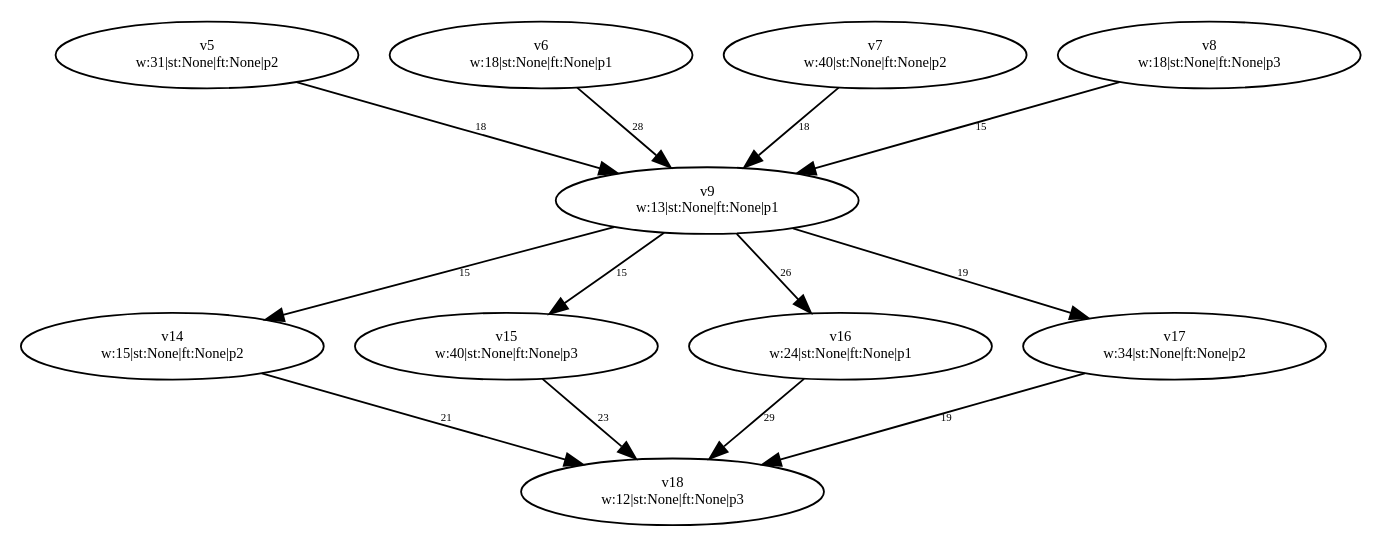
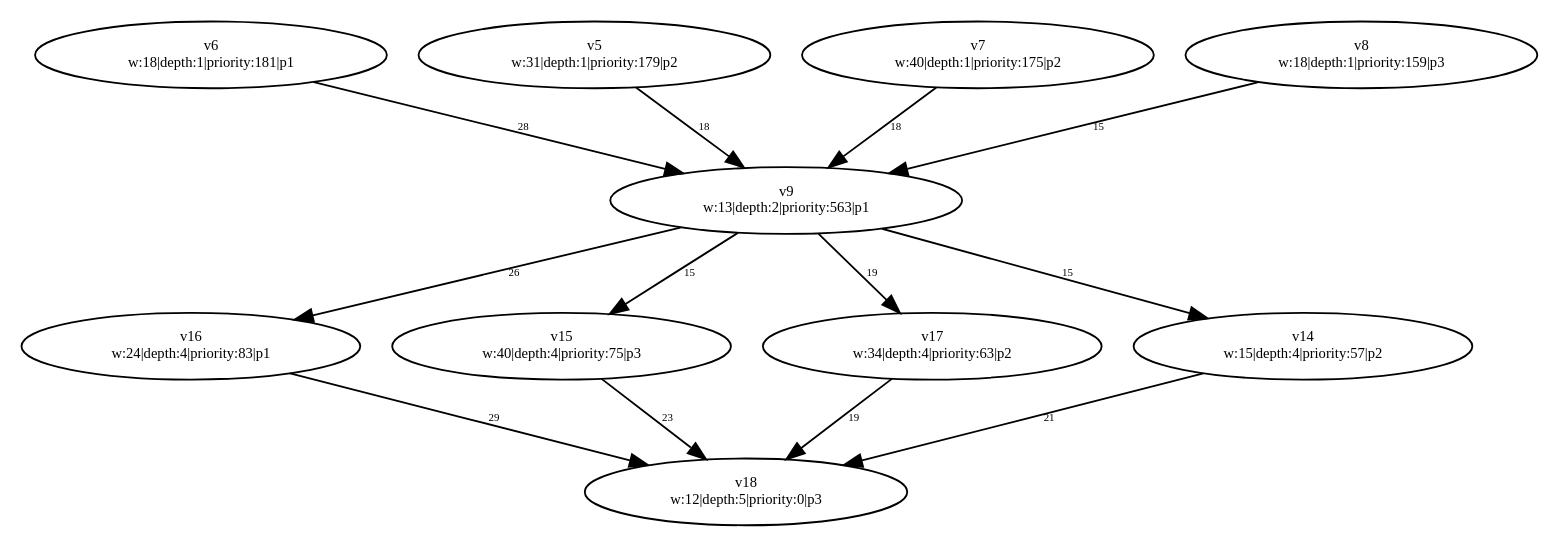
The diagram in PythonApplication1/PythonApplication1/test-output/slika_8_Simplified.gv (dexters1/Task-Scheduling-Based-on-Genetic-Algorithms), drawn with Graphviz before and after one commit. The commit also changed 42 other files, not shown here.

Commit message:
Ostaje unitTestiranje za citav Graph i Processor module

```diff
--- a/PythonApplication1/PythonApplication1/test-output/slika_8_Simplified.gv
+++ b/PythonApplication1/PythonApplication1/test-output/slika_8_Simplified.gv
@@ -1,34 +1,34 @@
 digraph {
+	v6 [label="v6
+w:18|depth:1|priority:181|p1" fontsize=8.0]
 	v5 [label="v5
-w:31|st:None|ft:None|p2" fontsize=8.0]
-	v6 [label="v6
-w:18|st:None|ft:None|p1" fontsize=8.0]
+w:31|depth:1|priority:179|p2" fontsize=8.0]
 	v7 [label="v7
-w:40|st:None|ft:None|p2" fontsize=8.0]
+w:40|depth:1|priority:175|p2" fontsize=8.0]
 	v8 [label="v8
-w:18|st:None|ft:None|p3" fontsize=8.0]
+w:18|depth:1|priority:159|p3" fontsize=8.0]
 	v9 [label="v9
-w:13|st:None|ft:None|p1" fontsize=8.0]
+w:13|depth:2|priority:563|p1" fontsize=8.0]
+	v16 [label="v16
+w:24|depth:4|priority:83|p1" fontsize=8.0]
+	v15 [label="v15
+w:40|depth:4|priority:75|p3" fontsize=8.0]
+	v17 [label="v17
+w:34|depth:4|priority:63|p2" fontsize=8.0]
 	v14 [label="v14
-w:15|st:None|ft:None|p2" fontsize=8.0]
-	v15 [label="v15
-w:40|st:None|ft:None|p3" fontsize=8.0]
-	v16 [label="v16
-w:24|st:None|ft:None|p1" fontsize=8.0]
-	v17 [label="v17
-w:34|st:None|ft:None|p2" fontsize=8.0]
+w:15|depth:4|priority:57|p2" fontsize=8.0]
 	v18 [label="v18
-w:12|st:None|ft:None|p3" fontsize=8.0]
+w:12|depth:5|priority:0|p3" fontsize=8.0]
 	v5 -> v9 [label=18 constraint=true fontsize=6.0]
 	v6 -> v9 [label=28 constraint=true fontsize=6.0]
 	v7 -> v9 [label=18 constraint=true fontsize=6.0]
 	v8 -> v9 [label=15 constraint=true fontsize=6.0]
 	v14 -> v18 [label=21 constraint=true fontsize=6.0]
 	v15 -> v18 [label=23 constraint=true fontsize=6.0]
 	v16 -> v18 [label=29 constraint=true fontsize=6.0]
 	v17 -> v18 [label=19 constraint=true fontsize=6.0]
-	v9 -> v14 [label=15 constraint=true fontsize=6.0]
+	v9 -> v17 [label=19 constraint=true fontsize=6.0]
 	v9 -> v15 [label=15 constraint=true fontsize=6.0]
 	v9 -> v16 [label=26 constraint=true fontsize=6.0]
-	v9 -> v17 [label=19 constraint=true fontsize=6.0]
+	v9 -> v14 [label=15 constraint=true fontsize=6.0]
 }
```
